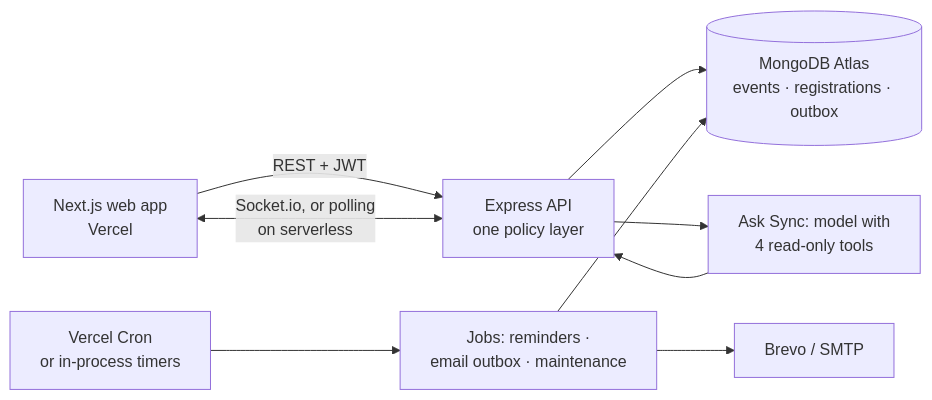
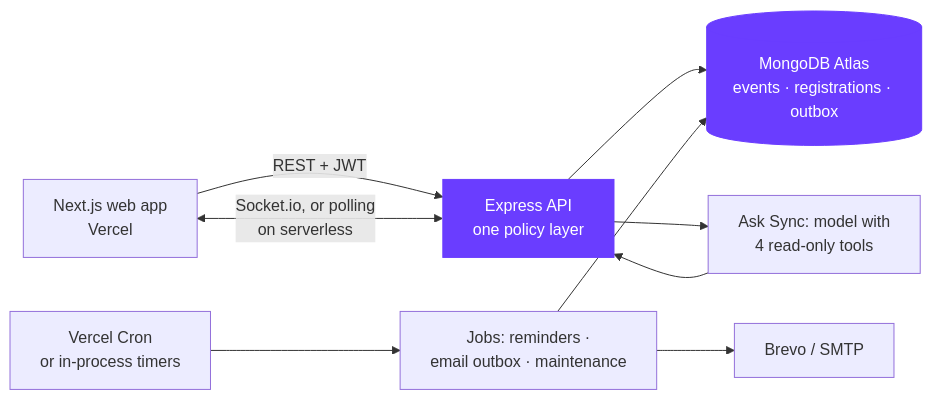
One commit to sakshamm21/Sync changed the diagram in README.md. Above: the diagram before and after it, drawn with Mermaid. The commit also changed other lines of this file and 10 other files, not shown here.

````diff
--- a/README.md
+++ b/README.md
@@ -50,11 +137,13 @@
 ```mermaid
 flowchart LR
   W[Next.js web app<br/>Vercel] -->|REST + JWT| A[Express API<br/>one policy layer]
   A --> DB[(MongoDB Atlas<br/>events · registrations · outbox)]
   A <-->|Socket.io, or polling<br/>on serverless| W
   C[Vercel Cron<br/>or in-process timers] --> J[Jobs: reminders ·<br/>email outbox · maintenance]
   J --> DB
   J --> M[Brevo / SMTP]
   A --> AI[Ask Sync: model with<br/>4 read-only tools]
   AI --> A
+  classDef accent fill:#6a3dff,stroke:#6a3dff,color:#fff
+  class A,DB accent
 ```
````
